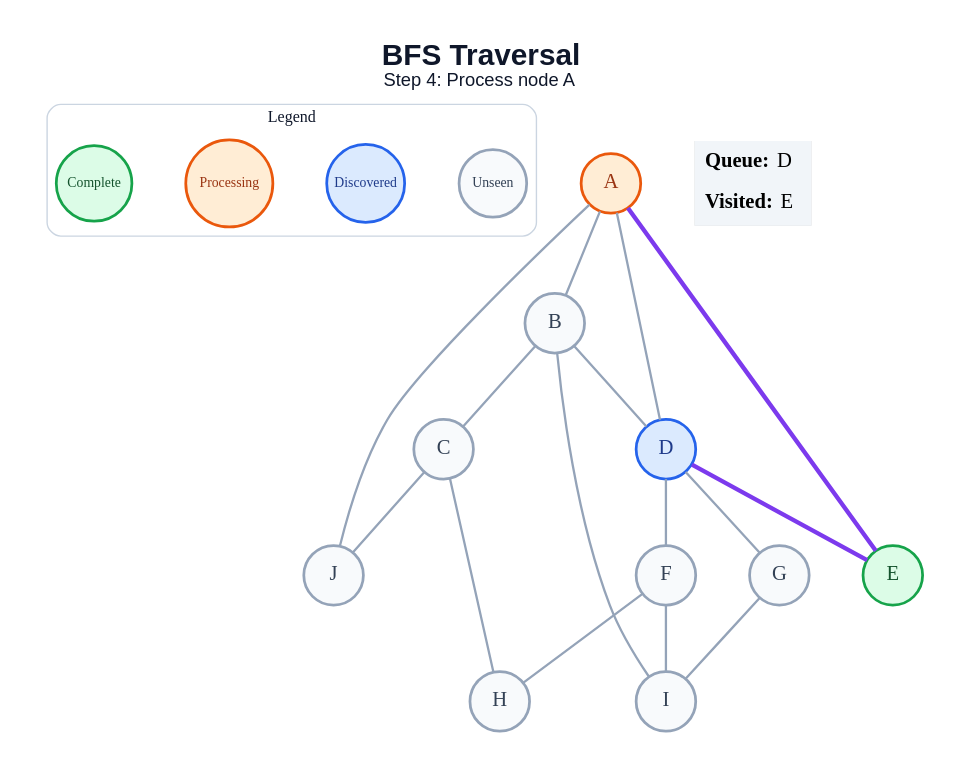
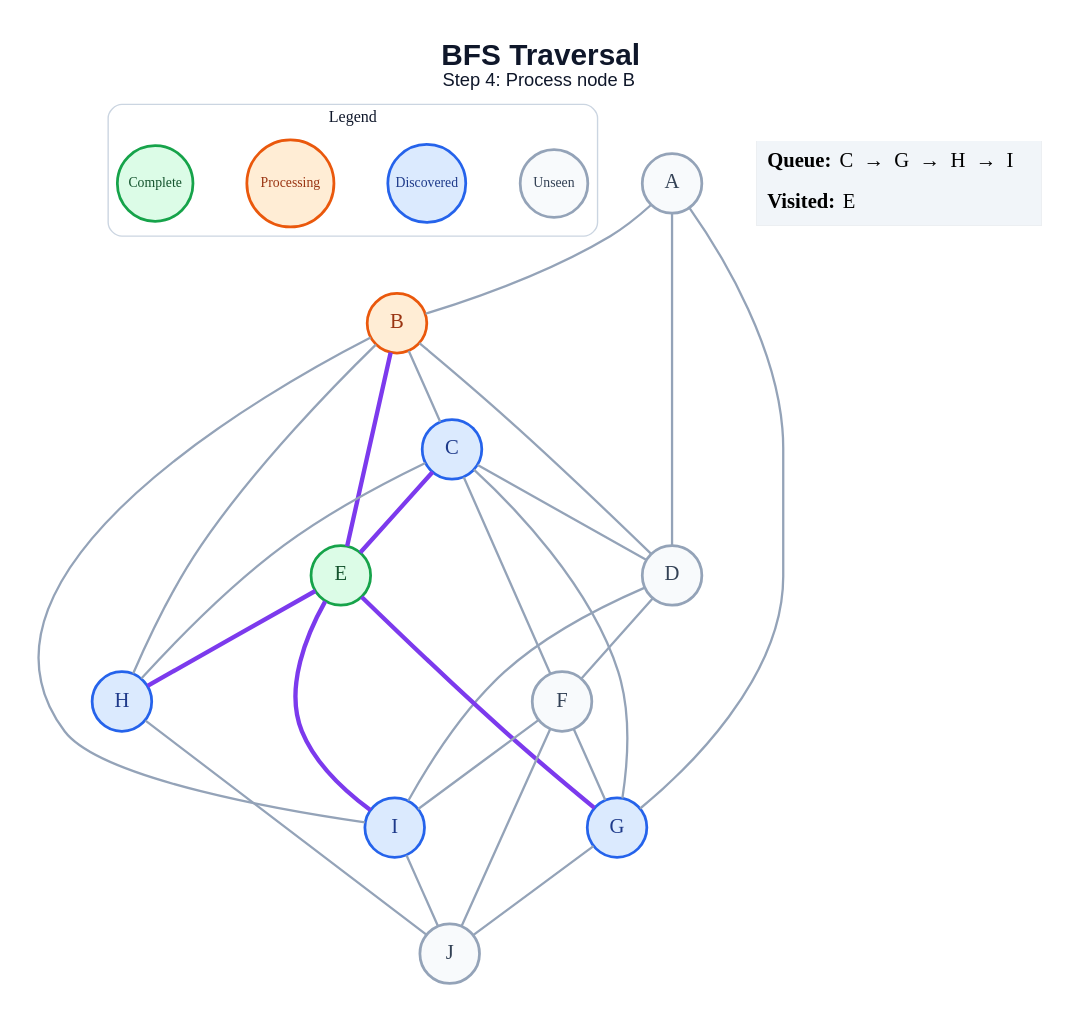
One commit to amanghodawala9/ai-slop changed the diagram in generated/specific-node/bfs/step_04.dot. Above: the diagram before and after it, drawn with Graphviz. The commit also changed 178 other files, not shown here.

```diff
--- a/generated/specific-node/bfs/step_04.dot
+++ b/generated/specific-node/bfs/step_04.dot
@@ -1,44 +1,53 @@
 graph traversal {
   graph [layout=dot, rankdir=TB, bgcolor="#FFFFFF", pad="0.35", nodesep="0.65", ranksep="0.8", fontname="Arial"];
   node [shape=circle, style="filled", fontname="Arial Bold", fontsize=18, width=0.72, fixedsize=true, penwidth=2.4];
   edge [color="#94A3B8", penwidth=2.0];
-  label=<<B>BFS Traversal</B><BR/><FONT POINT-SIZE="16">Step 4: Process node A</FONT>>; labelloc="t"; fontsize=26; fontname="Arial"; fontcolor="#0F172A";
+  label=<<B>BFS Traversal</B><BR/><FONT POINT-SIZE="16">Step 4: Process node B</FONT>>; labelloc="t"; fontsize=26; fontname="Arial"; fontcolor="#0F172A";
   subgraph cluster_legend { label="Legend"; color="#CBD5E1"; penwidth=1.2; style="rounded"; fontsize=14; fontname="Arial Bold";
     key_unseen [label="Unseen", fillcolor="#F8FAFC", color="#94A3B8", fontcolor="#334155", fontsize=12, width=0.82];
     key_frontier [label="Discovered", fillcolor="#DBEAFE", color="#2563EB", fontcolor="#1E3A8A", fontsize=12, width=0.95];
     key_current [label="Processing", fillcolor="#FFEDD5", color="#EA580C", fontcolor="#9A3412", fontsize=12, width=1.05];
     key_done [label="Complete", fillcolor="#DCFCE7", color="#16A34A", fontcolor="#14532D", fontsize=12, width=0.92];
     { rank=same; key_unseen; key_frontier; key_current; key_done; }
   }
-  A [fillcolor="#FFEDD5", color="#EA580C", fontcolor="#9A3412"];
-  B [fillcolor="#F8FAFC", color="#94A3B8", fontcolor="#334155"];
-  C [fillcolor="#F8FAFC", color="#94A3B8", fontcolor="#334155"];
-  D [fillcolor="#DBEAFE", color="#2563EB", fontcolor="#1E3A8A"];
+  A [fillcolor="#F8FAFC", color="#94A3B8", fontcolor="#334155"];
+  B [fillcolor="#FFEDD5", color="#EA580C", fontcolor="#9A3412"];
+  C [fillcolor="#DBEAFE", color="#2563EB", fontcolor="#1E3A8A"];
+  D [fillcolor="#F8FAFC", color="#94A3B8", fontcolor="#334155"];
   E [fillcolor="#DCFCE7", color="#16A34A", fontcolor="#14532D"];
   F [fillcolor="#F8FAFC", color="#94A3B8", fontcolor="#334155"];
-  G [fillcolor="#F8FAFC", color="#94A3B8", fontcolor="#334155"];
-  H [fillcolor="#F8FAFC", color="#94A3B8", fontcolor="#334155"];
-  I [fillcolor="#F8FAFC", color="#94A3B8", fontcolor="#334155"];
+  G [fillcolor="#DBEAFE", color="#2563EB", fontcolor="#1E3A8A"];
+  H [fillcolor="#DBEAFE", color="#2563EB", fontcolor="#1E3A8A"];
+  I [fillcolor="#DBEAFE", color="#2563EB", fontcolor="#1E3A8A"];
   J [fillcolor="#F8FAFC", color="#94A3B8", fontcolor="#334155"];
   A -- B;
   A -- D;
-  A -- E [color="#7C3AED", penwidth=3.8];
-  A -- J;
+  A -- G;
   B -- C;
   B -- D;
+  B -- E [color="#7C3AED", penwidth=3.8];
+  B -- H;
   B -- I;
+  C -- D;
+  C -- E [color="#7C3AED", penwidth=3.8];
+  C -- F;
+  C -- G;
   C -- H;
-  C -- J;
-  D -- E [color="#7C3AED", penwidth=3.8];
   D -- F;
-  D -- G;
-  F -- H;
+  D -- I;
+  E -- G [color="#7C3AED", penwidth=3.8];
+  E -- H [color="#7C3AED", penwidth=3.8];
+  E -- I [color="#7C3AED", penwidth=3.8];
+  F -- G;
   F -- I;
-  G -- I;
+  F -- J;
+  G -- J;
+  H -- J;
+  I -- J;
   status [shape=plain, fixedsize=false, width=0, height=0, margin=0, label=<
     <TABLE BORDER="0" CELLBORDER="0" CELLPADDING="7" BGCOLOR="#F1F5F9">
-      <TR><TD ALIGN="LEFT"><B>Queue:</B> D</TD></TR>
+      <TR><TD ALIGN="LEFT"><B>Queue:</B> C  →  G  →  H  →  I</TD></TR>
       <TR><TD ALIGN="LEFT"><B>Visited:</B> E</TD></TR>
     </TABLE>
   >];
 }
```
